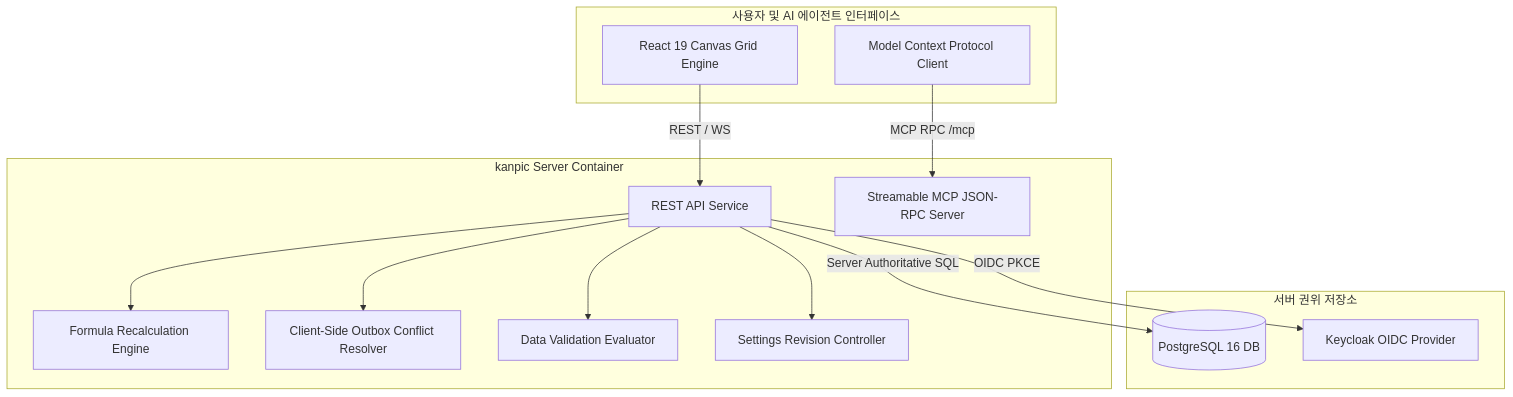
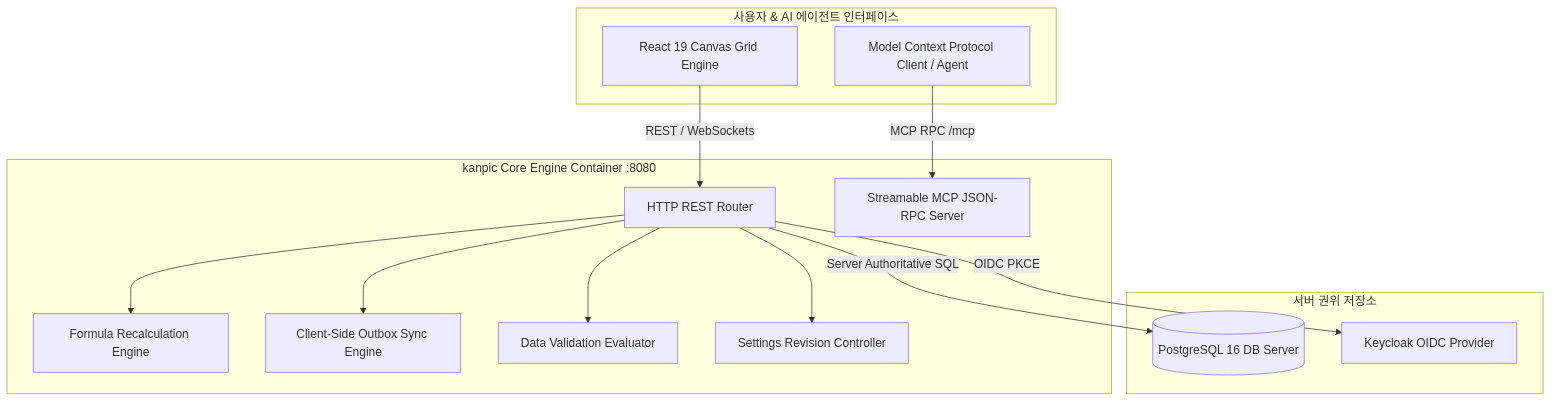
One commit to hkjang/kanpic changed the second of 3 diagrams in docs/EXECUTIVE_REPORT.md. Above: the diagram before and after it, drawn with Mermaid. The commit also changed other lines of this file and 5 other files, not shown here.

````diff
--- a/docs/EXECUTIVE_REPORT.md
+++ b/docs/EXECUTIVE_REPORT.md
@@ -46,30 +46,30 @@
 ```mermaid
 graph TB
-    subgraph Client Layer [사용자 및 AI 에이전트 인터페이스]
+    subgraph Client Layer [사용자 & AI 에이전트 인터페이스]
         CanvasUI[React 19 Canvas Grid Engine]
-        AIAgent[Model Context Protocol Client]
+        AIAgent[Model Context Protocol Client / Agent]
     end
 
-    subgraph Core Engine Layer [kanpic Server Container]
-        HttpAPI[REST API Service]
-        McpRpc[Streamable MCP JSON-RPC Server]
+    subgraph Core Engine Layer [kanpic Core Engine Container :8080]
+        HttpRouter[HTTP REST Router]
+        McpServer[Streamable MCP JSON-RPC Server]
         FormulaRecalc[Formula Recalculation Engine]
-        OutboxQueue[Client-Side Outbox Conflict Resolver]
+        OutboxQueue[Client-Side Outbox Sync Engine]
         DataValidator[Data Validation Evaluator]
         SettingsRev[Settings Revision Controller]
     end
 
     subgraph Persistence Layer [서버 권위 저장소]
-        PostgreSQL[(PostgreSQL 16 DB)]
+        PostgreSQL[(PostgreSQL 16 DB Server)]
         KeycloakSSO[Keycloak OIDC Provider]
     end
 
-    CanvasUI -->|REST / WS| HttpAPI
-    AIAgent -->|MCP RPC /mcp| McpRpc
-    HttpAPI --> OutboxQueue
-    HttpAPI --> FormulaRecalc
-    HttpAPI --> DataValidator
-    HttpAPI --> SettingsRev
-    HttpAPI -->|OIDC PKCE| KeycloakSSO
-    HttpAPI -->|Server Authoritative SQL| PostgreSQL
+    CanvasUI -->|REST / WebSockets| HttpRouter
+    AIAgent -->|MCP RPC /mcp| McpServer
+    HttpRouter --> OutboxQueue
+    HttpRouter --> FormulaRecalc
+    HttpRouter --> DataValidator
+    HttpRouter --> SettingsRev
+    HttpRouter -->|OIDC PKCE| KeycloakSSO
+    HttpRouter -->|Server Authoritative SQL| PostgreSQL
 ```
````
